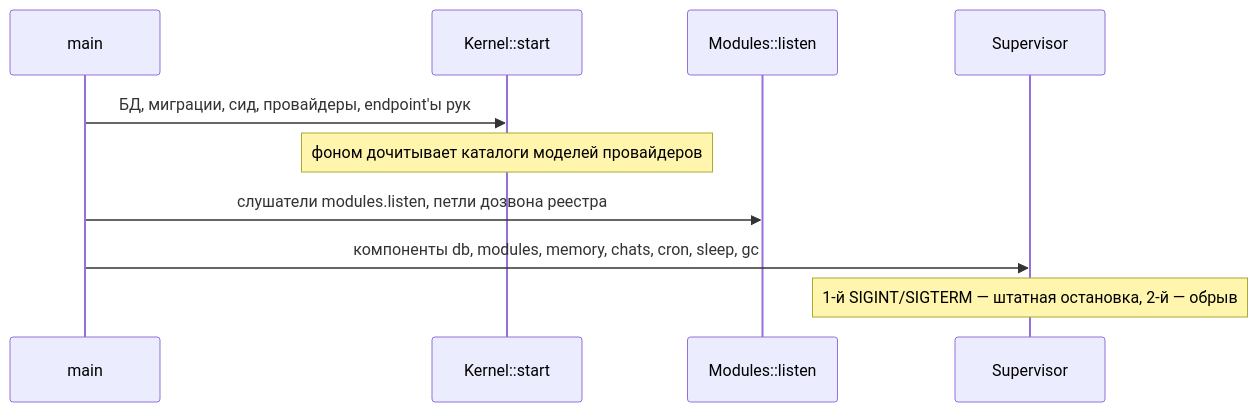
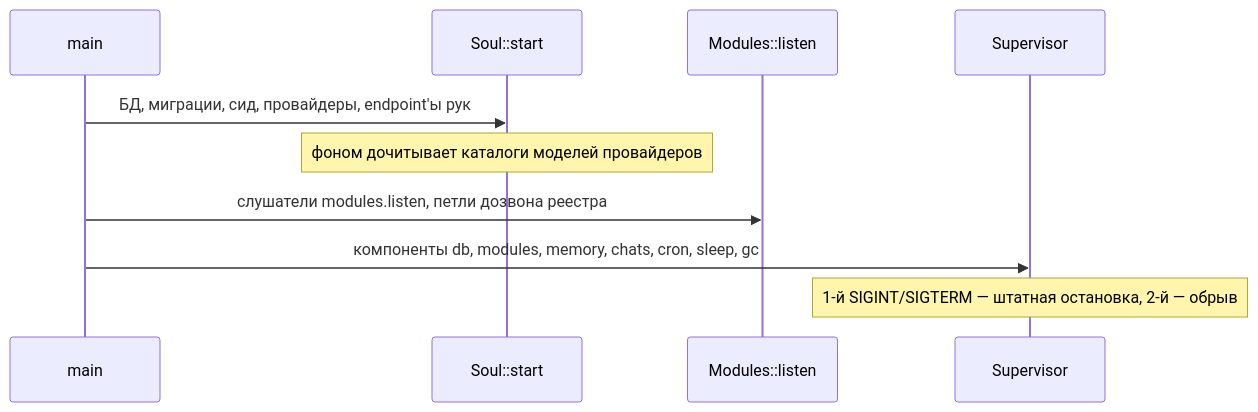
Before and after one commit to eva-rs/kernel: the third of 3 diagrams in docs/src/architecture.md, drawn with Mermaid. The commit also changed other lines of this file and 568 other files, not shown here.

First line of the commit message:
kernel переименован в soul; SDK модулей, локализация, управление сном

````diff
--- a/docs/src/architecture.md
+++ b/docs/src/architecture.md
@@ -154,12 +155,12 @@
 ```mermaid
 sequenceDiagram
   participant Main as main
-  participant K as Kernel::start
+  participant K as Soul::start
   participant L as Modules::listen
   participant Sup as Supervisor
   Main->>K: БД, миграции, сид, провайдеры, endpoint'ы рук
   Note over K: фоном дочитывает каталоги моделей провайдеров
   Main->>L: слушатели modules.listen, петли дозвона реестра
   Main->>Sup: компоненты db, modules, memory, chats, cron, sleep, gc
   Note over Sup: 1-й SIGINT/SIGTERM — штатная остановка, 2-й — обрыв
 ```
````
